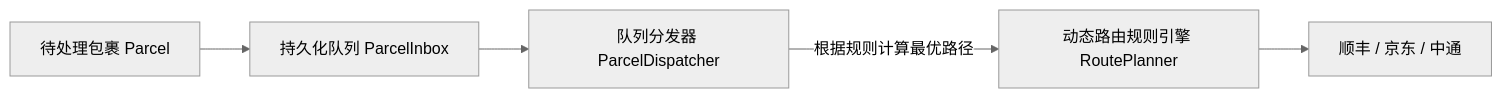
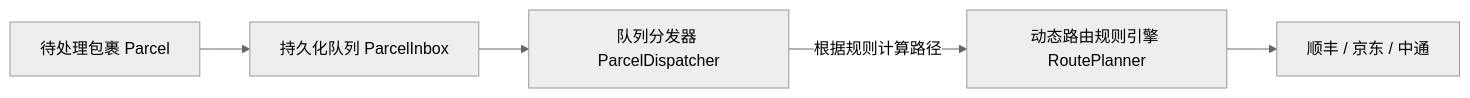
Before and after one commit to fjay/knotra: the diagram in docs/Knotra 实战案例：动态物流路由系统.md, drawn with Mermaid (neutral theme). The commit also changed other lines of this file and 7 other files, not shown here.

````diff
--- a/docs/Knotra 实战案例：动态物流路由系统.md
+++ b/docs/Knotra 实战案例：动态物流路由系统.md
@@ -11,7 +11,7 @@
 ```mermaid
 graph LR
     P["待处理包裹 Parcel"] --> Q["持久化队列 ParcelInbox"]
     Q --> D["队列分发器 ParcelDispatcher"]
-    D -->|根据规则计算最优路径| R["动态路由规则引擎 RoutePlanner"]
+    D -->|根据规则计算路径| R["动态路由规则引擎 RoutePlanner"]
     R --> S["顺丰 / 京东 / 中通"]
 ```
````
